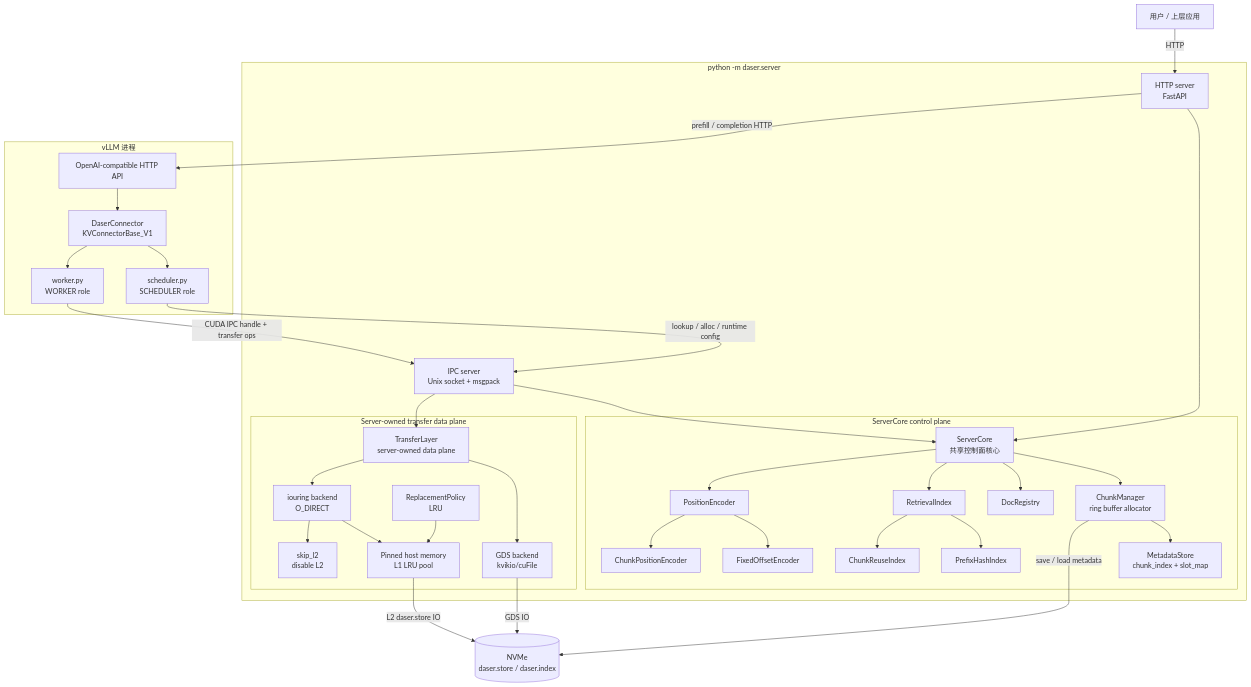
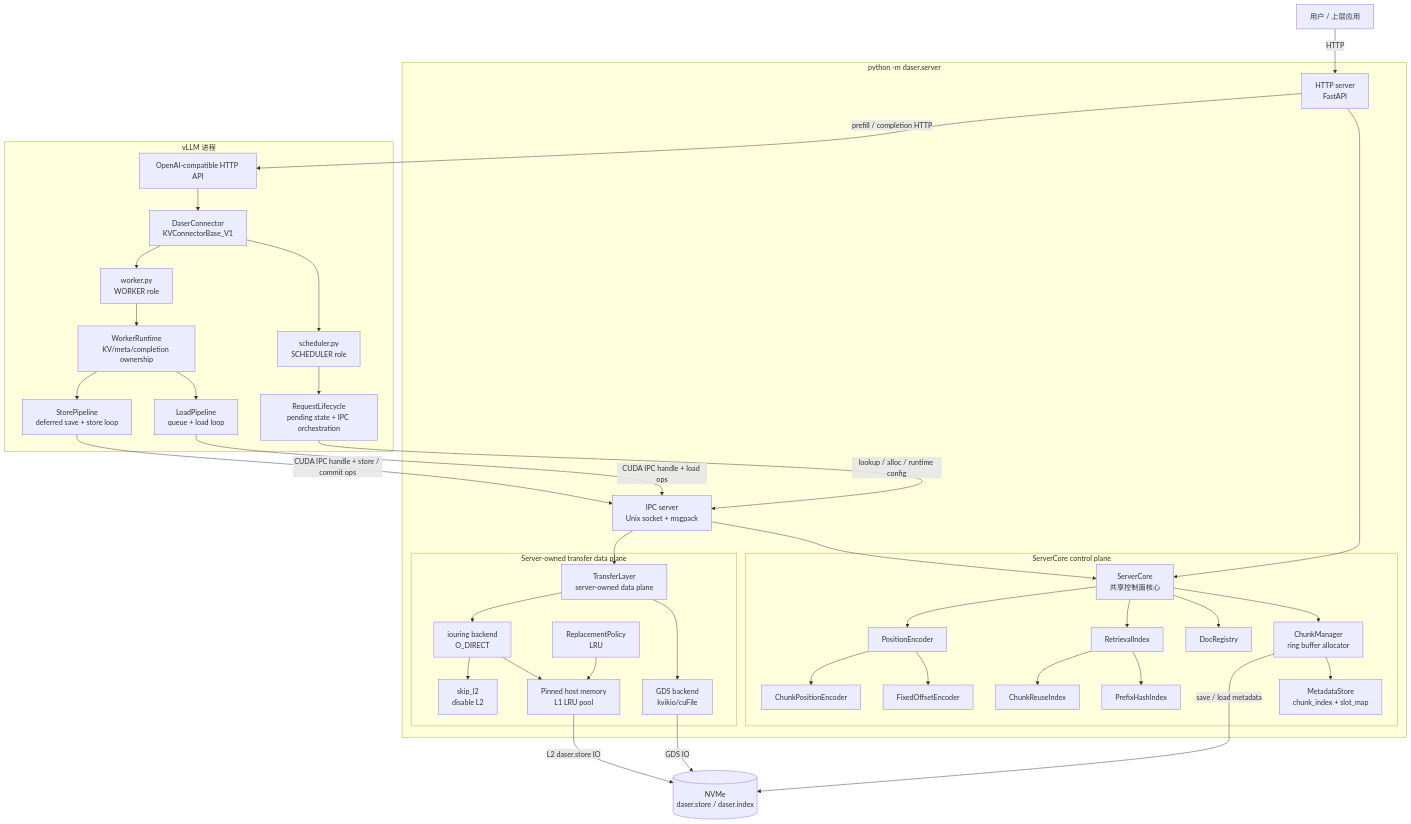
The first of 2 diagrams in docs/design/architecture.md (GentleCold/DaseR), drawn with Mermaid before and after one commit. The commit also changed other lines of this file and 18 other files, not shown here.

First line of the commit message:
refactor(connector): deepen execution pipeline ownership

````diff
--- a/docs/design/architecture.md
+++ b/docs/design/architecture.md
@@ -11,71 +11,80 @@
 ```mermaid
 graph TB
     User["用户 / 上层应用"]
 
     subgraph server["python -m daser.server"]
         HTTP["HTTP server<br/>FastAPI"]
         IPC["IPC server<br/>Unix socket + msgpack"]
         subgraph core_owner["ServerCore control plane"]
             CORE["ServerCore<br/>共享控制面核心"]
             CM["ChunkManager<br/>ring buffer allocator"]
             MS["MetadataStore<br/>chunk_index + slot_map"]
             DR["DocRegistry"]
             RI["RetrievalIndex"]
             PRI["PrefixHashIndex"]
             CRI["ChunkReuseIndex"]
             PE["PositionEncoder"]
             FPE["FixedOffsetEncoder"]
             CPE["ChunkPositionEncoder"]
 
             CORE --> CM
             CORE --> DR
             CORE --> RI
             CORE --> PE
             CM --> MS
             RI --> PRI
             RI --> CRI
             PE --> FPE
             PE --> CPE
         end
 
         subgraph transfer_owner["Server-owned transfer data plane"]
             TL["TransferLayer<br/>server-owned data plane"]
             GDS["GDS backend<br/>kvikio/cuFile"]
             IOR["iouring backend<br/>O_DIRECT"]
             SKIP["skip_l2<br/>disable L2"]
             L1["Pinned host memory<br/>L1 LRU pool"]
             RP["ReplacementPolicy<br/>LRU"]
 
             TL --> GDS
             TL --> IOR
             IOR --> L1
             IOR --> SKIP
             RP --> L1
         end
 
         HTTP --> CORE
         IPC --> CORE
         IPC --> TL
     end
 
     subgraph vllm["vLLM 进程"]
         VAPI["OpenAI-compatible HTTP API"]
         DC["DaserConnector<br/>KVConnectorBase_V1"]
         SCHED["scheduler.py<br/>SCHEDULER role"]
         WORKER["worker.py<br/>WORKER role"]
+        LIFE["RequestLifecycle<br/>pending state + IPC orchestration"]
+        RUNTIME["WorkerRuntime<br/>KV/meta/completion ownership"]
+        LOAD["LoadPipeline<br/>queue + load loop"]
+        STORE["StorePipeline<br/>deferred save + store loop"]
 
         VAPI --> DC
         DC --> SCHED
         DC --> WORKER
+        SCHED --> LIFE
+        WORKER --> RUNTIME
+        RUNTIME --> LOAD
+        RUNTIME --> STORE
     end
 
     NVMe[("NVMe<br/>daser.store / daser.index")]
 
     User -- "HTTP" --> HTTP
     HTTP -- "prefill / completion HTTP" --> VAPI
-    SCHED -- "lookup / alloc / runtime config" --> IPC
-    WORKER -- "CUDA IPC handle + transfer ops" --> IPC
+    LIFE -- "lookup / alloc / runtime config" --> IPC
+    LOAD -- "CUDA IPC handle + load ops" --> IPC
+    STORE -- "CUDA IPC handle + store / commit ops" --> IPC
     GDS -- "GDS IO" --> NVMe
     L1 -- "L2 daser.store IO" --> NVMe
     CM -- "save / load metadata" --> NVMe
 ```
````
